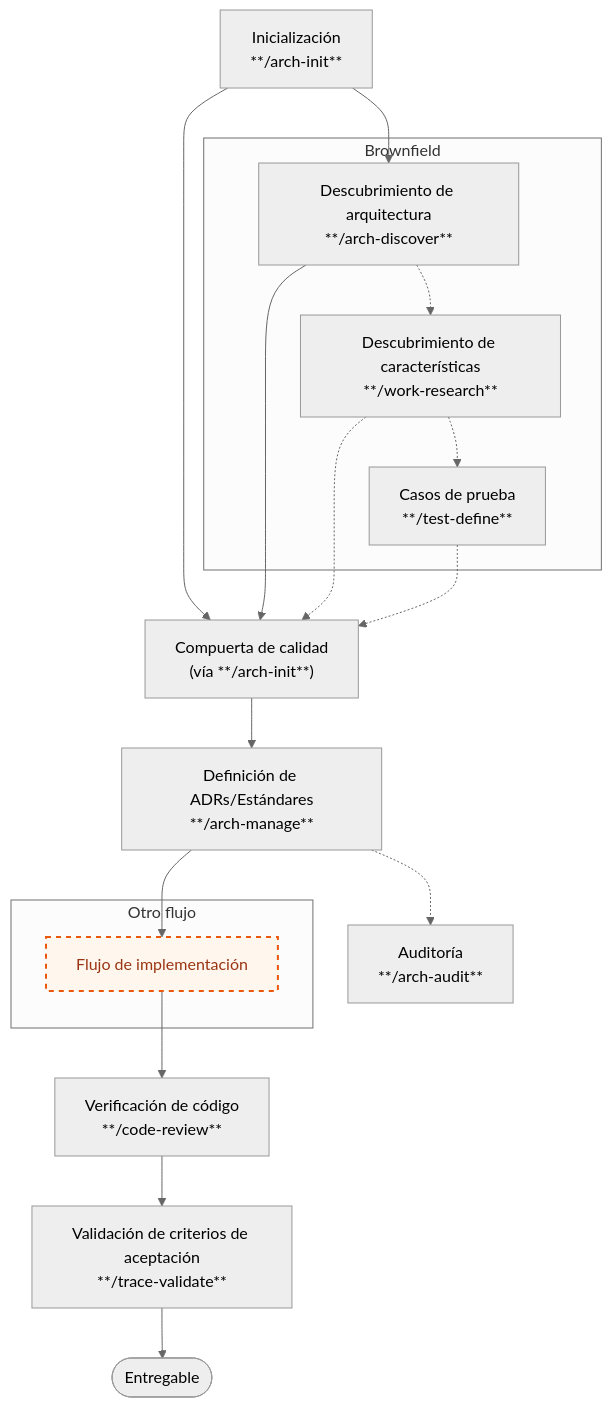
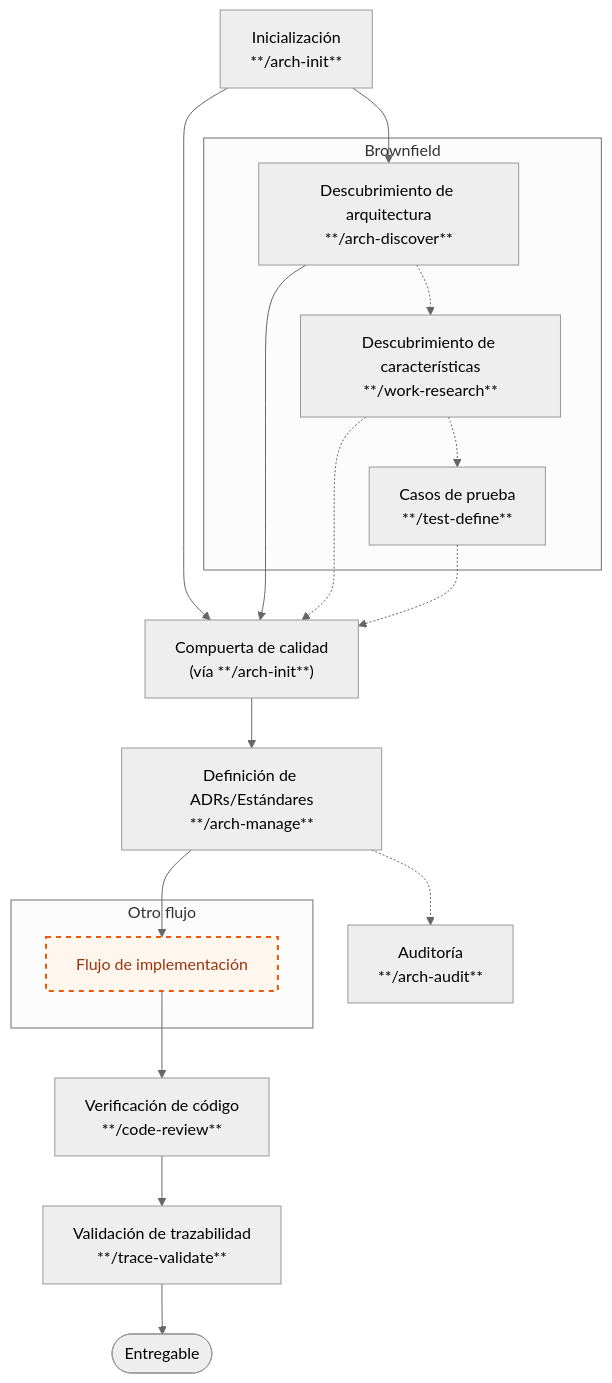
The first of 3 diagrams in README.md (juanca202/ai), drawn with Mermaid (neutral theme) before and after one commit. The commit also changed other lines of this file, not shown here.

````diff
--- a/README.md
+++ b/README.md
@@ -37,26 +37,26 @@
 ```mermaid
 flowchart TD
     INIT["Inicialización<br/>**/arch-init**"]
     subgraph BF["Brownfield"]
         BA["Descubrimiento de arquitectura<br/>**/arch-discover**"]
         BA -.-> WR["Descubrimiento de características<br/>**/work-research**"]
         WR -.-> TD["Casos de prueba<br/>**/test-define**"]
     end
     INIT --> BA
     INIT --> T["Compuerta de calidad<br/>(vía **/arch-init**)"]
     BA --> T
     WR -.-> T
     TD -.-> T
     T --> S["Definición de ADRs/Estándares<br/>**/arch-manage**"]
     S -.-> AUD["Auditoría<br/>**/arch-audit**"]
     subgraph NESTED["Otro flujo"]
         IMPL["Flujo de implementación"]
     end
     S --> IMPL
     IMPL --> V1["Verificación de código<br/>**/code-review**"]
-    V1 --> V2["Validación de criterios de aceptación<br/>**/trace-validate**"]
+    V1 --> V2["Validación de trazabilidad<br/>**/trace-validate**"]
     V2 --> DONE(["Entregable"])
 
     classDef nestedFlow fill:#fff7ed,stroke:#ea580c,stroke-width:2px,stroke-dasharray:5 5,color:#9a3412
     class IMPL nestedFlow
 ```
````
